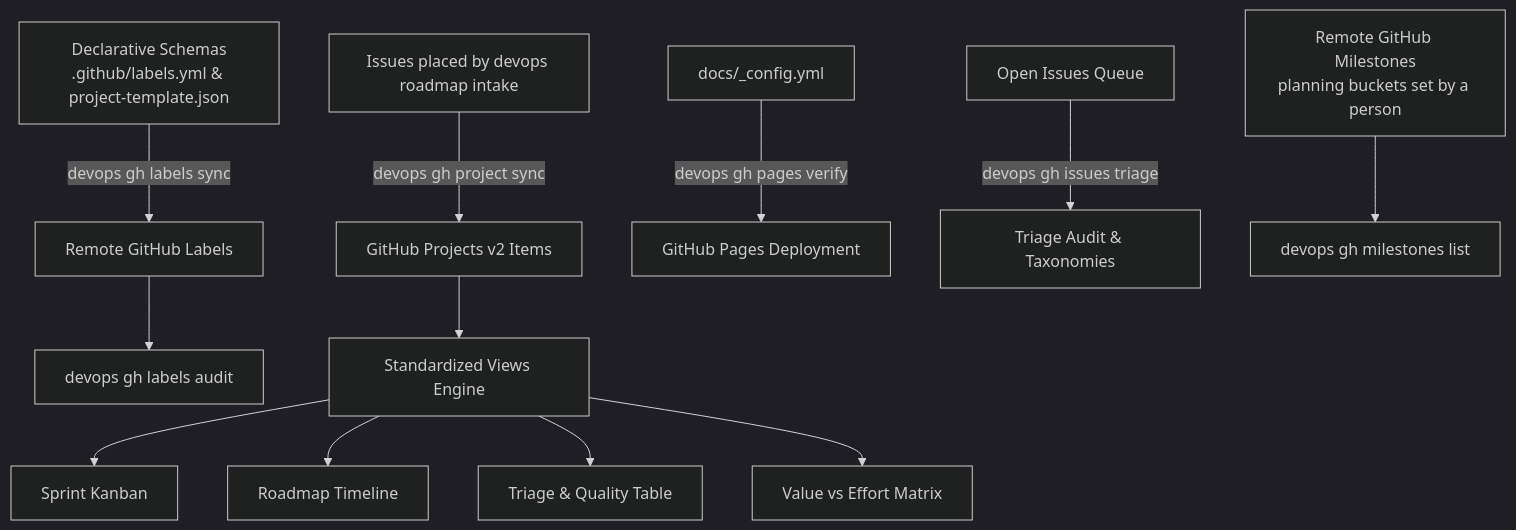
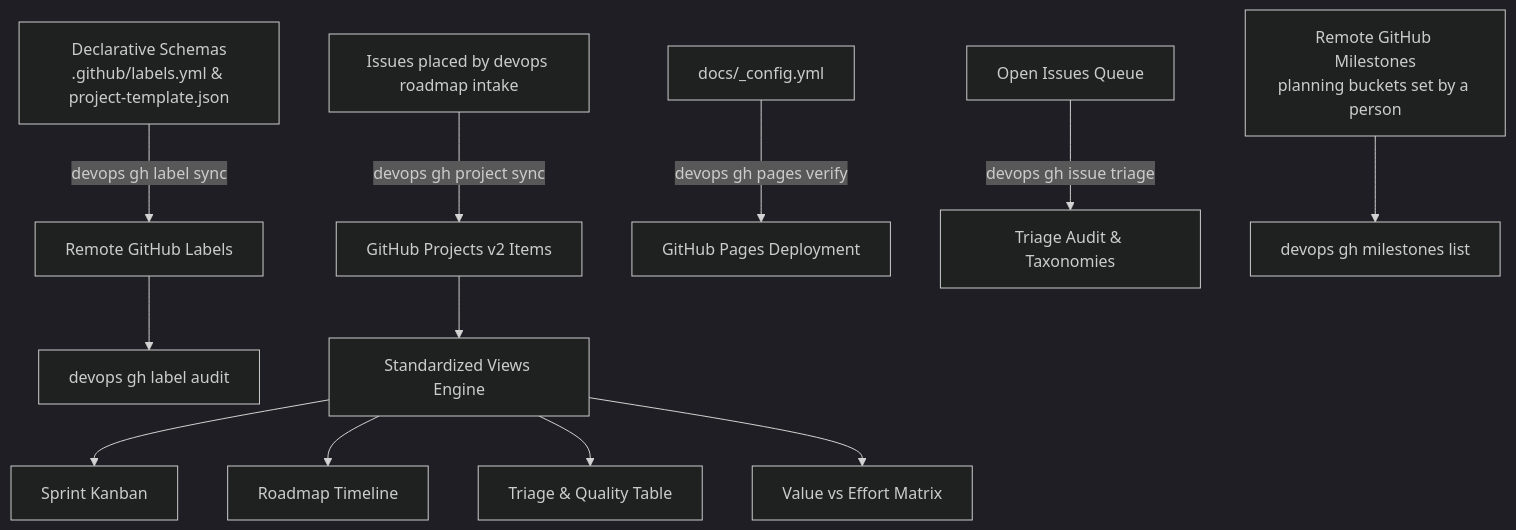
Before and after one commit to dan-petty/devops-cli: the diagram in src/devops_cli/ai/knowledge_base/devops_cli/tasks/github_project_management.md, drawn with Mermaid (dark theme). The commit also changed other lines of this file and 63 other files, not shown here.

First line of the commit message:
feat(gh): name the gh groups issue, run, label and secret (#4923)

````diff
--- a/src/devops_cli/ai/knowledge_base/devops_cli/tasks/github_project_management.md
+++ b/src/devops_cli/ai/knowledge_base/devops_cli/tasks/github_project_management.md
@@ -17,14 +17,14 @@
 ```mermaid
 graph TD
-    A[Declarative Schemas<br/>.github/labels.yml & project-template.json] -->|devops gh labels sync| B[Remote GitHub Labels]
+    A[Declarative Schemas<br/>.github/labels.yml & project-template.json] -->|devops gh label sync| B[Remote GitHub Labels]
     E[Issues placed by devops roadmap intake] -->|devops gh project sync| F[GitHub Projects v2 Items]
     G[docs/_config.yml] -->|devops gh pages verify| H[GitHub Pages Deployment]
-    I[Open Issues Queue] -->|devops gh issues triage| J[Triage Audit & Taxonomies]
-    B --> K[devops gh labels audit]
+    I[Open Issues Queue] -->|devops gh issue triage| J[Triage Audit & Taxonomies]
+    B --> K[devops gh label audit]
     D[Remote GitHub Milestones<br/>planning buckets set by a person] --> L[devops gh milestones list]
     F --> M[Standardized Views Engine]
     M --> N[Sprint Kanban]
     M --> O[Roadmap Timeline]
     M --> P[Triage & Quality Table]
     M --> Q[Value vs Effort Matrix]
 ```
````
